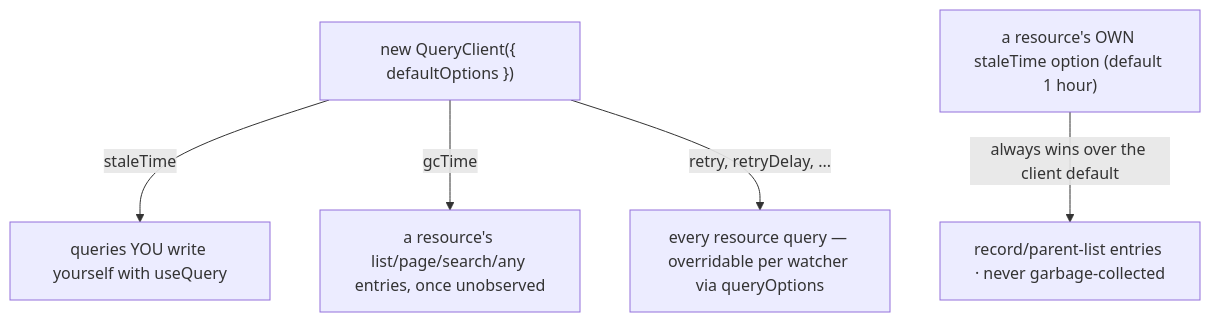
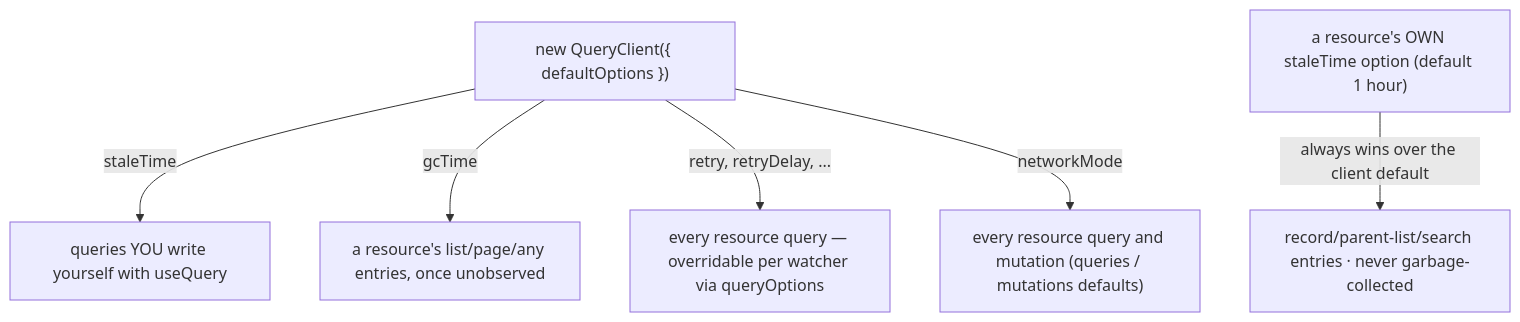
Before and after one commit to Guebbit/vue-toolkit: the first of 2 diagrams in docs/guide/getting-started.md, drawn with Mermaid. The commit also changed other lines of this file and 72 other files, not shown here.

````diff
--- a/docs/guide/getting-started.md
+++ b/docs/guide/getting-started.md
@@ -72,8 +95,9 @@
 ```mermaid
 flowchart TD
     C["new QueryClient({ defaultOptions })"]
     C -->|staleTime| Q["queries YOU write yourself with useQuery"]
-    C -->|gcTime| L["a resource's list/page/search/any entries, once unobserved"]
+    C -->|gcTime| L["a resource's list/page/any entries, once unobserved"]
     C -->|retry, retryDelay, ...| A["every resource query — overridable per watcher via queryOptions"]
-    R["a resource's OWN staleTime option (default 1 hour)"] -->|always wins over the client default| Records["record/parent-list entries · never garbage-collected"]
+    C -->|networkMode| M["every resource query and mutation (queries / mutations defaults)"]
+    R["a resource's OWN staleTime option (default 1 hour)"] -->|always wins over the client default| Records["record/parent-list/search entries · never garbage-collected"]
 ```
````
